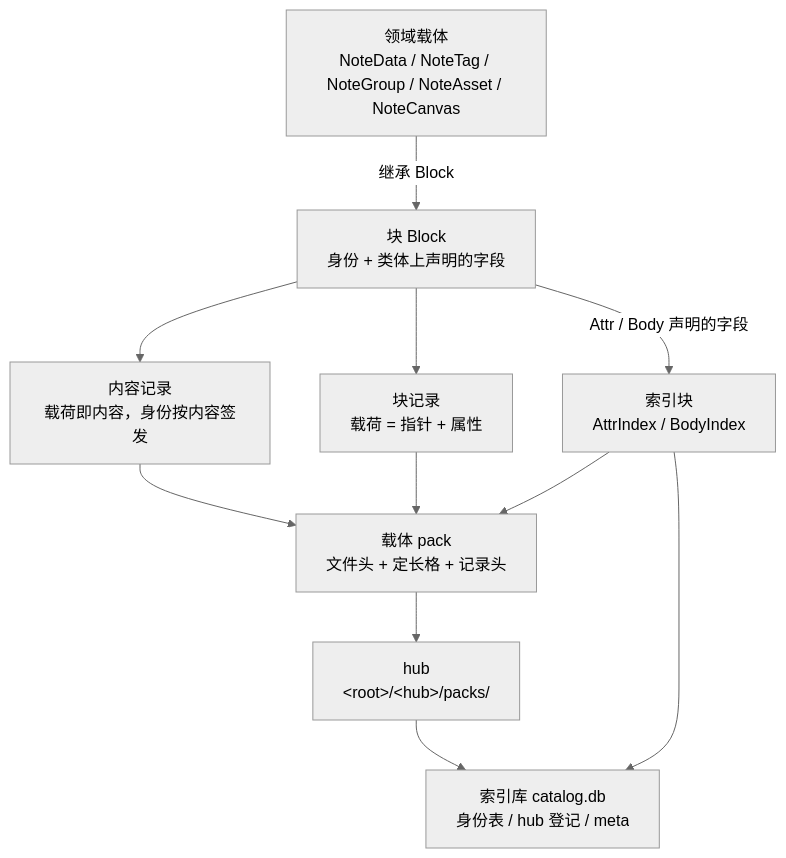
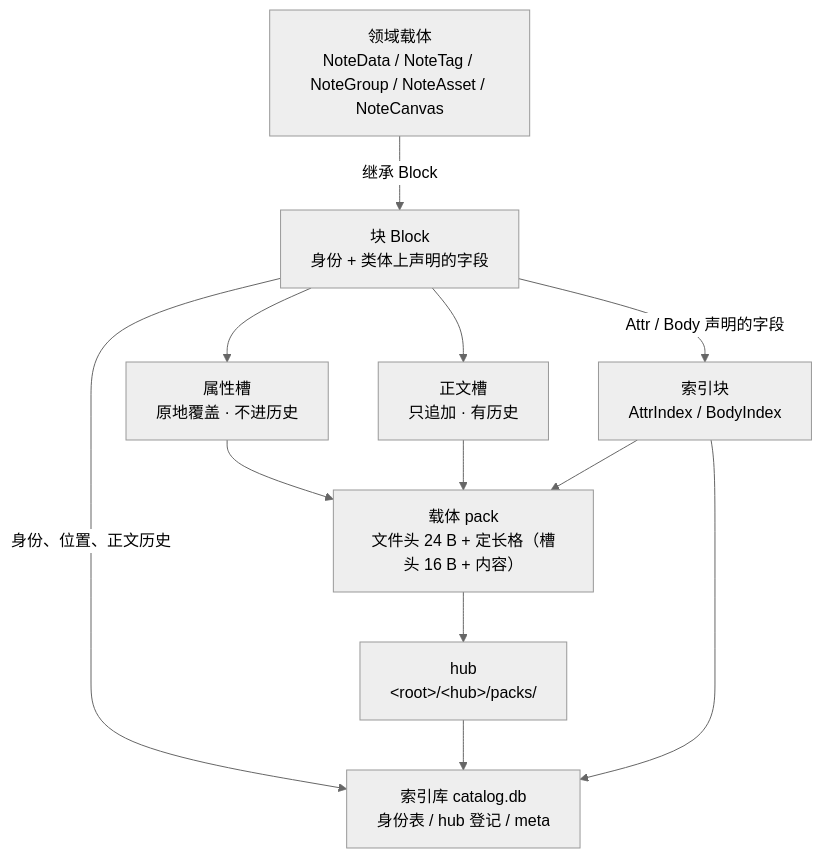
One commit to HanYang06/Cairn changed the first of 2 diagrams in docs/architecture/storage-design.md. Above: the diagram before and after it, drawn with Mermaid (neutral theme). The commit also changed other lines of this file and 20 other files, not shown here.

````diff
--- a/docs/architecture/storage-design.md
+++ b/docs/architecture/storage-design.md
@@ -85,14 +113,15 @@
 ```mermaid
 graph TD
     T["领域载体<br/>NoteData / NoteTag / NoteGroup / NoteAsset / NoteCanvas"]
     T -->|"继承 Block"| B["块 Block<br/>身份 + 类体上声明的字段"]
-    B --> BD["内容记录<br/>载荷即内容，身份按内容签发"]
-    B --> BR["块记录<br/>载荷 = 指针 + 属性"]
-    BD --> P["载体 pack<br/>文件头 + 定长格 + 记录头"]
-    BR --> P
+    B --> A["属性槽<br/>原地覆盖 · 不进历史"]
+    B --> D["正文槽<br/>只追加 · 有历史"]
+    B -->|"身份、位置、正文历史"| I["索引库 catalog.db<br/>身份表 / hub 登记 / meta"]
+    A --> P["载体 pack<br/>文件头 24 B + 定长格（槽头 16 B + 内容）"]
+    D --> P
     P --> H["hub<br/>&lt;root&gt;/&lt;hub&gt;/packs/"]
-    H --> I["索引库 catalog.db<br/>身份表 / hub 登记 / meta"]
+    H --> I
     B -->|"Attr / Body 声明的字段"| X["索引块<br/>AttrIndex / BodyIndex"]
     X --> P
     X --> I
 ```
````
